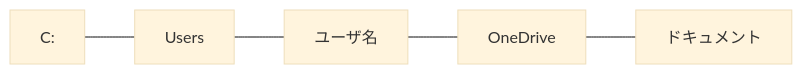
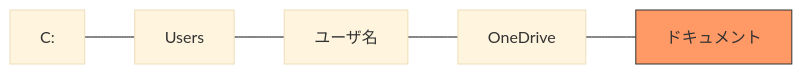
Before and after one commit to takeshinishimura/howtouseR: the first of 3 diagrams in Quarto/basics.qmd, drawn with Mermaid (base theme). The commit also changed other lines of this file and 1 other file, not shown here.

````diff
--- a/Quarto/basics.qmd
+++ b/Quarto/basics.qmd
@@ -56,7 +56,8 @@
 ```{mermaid}
 graph LR
   C[C:] --- Users
   Users --- ユーザ名
   ユーザ名 --- OneDrive
-  OneDrive --- ドキュメント
+  OneDrive --- doc[ドキュメント]
+  style doc fill:#f96,stroke:#333
 ```
````
